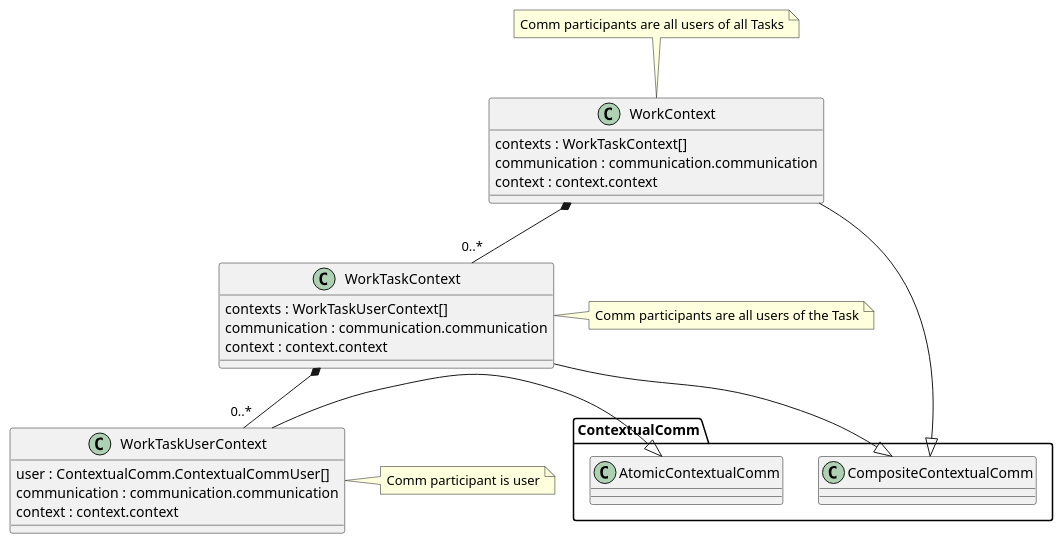
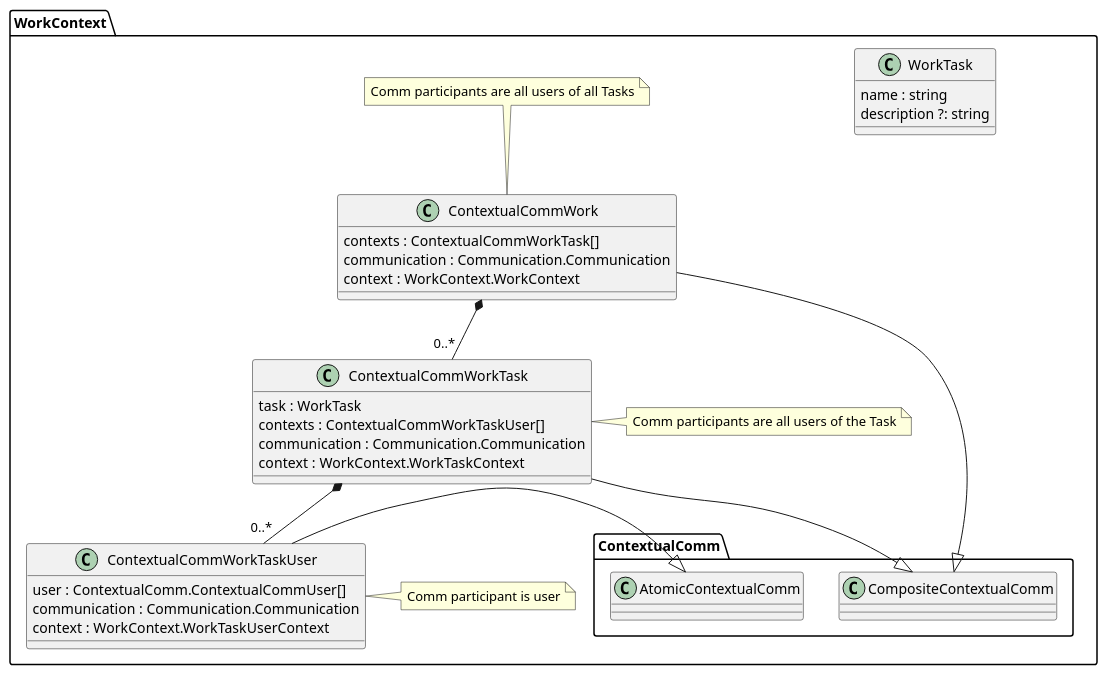
The diagram in docs/contextual-work-comm.puml (reTHINK-project/dev-smart-contextual-assistance-app), drawn with PlantUML before and after one commit. The commit also changed 3 other files, not shown here.

```diff
--- a/docs/contextual-work-comm.puml
+++ b/docs/contextual-work-comm.puml
@@ -1,38 +1,46 @@
 @startuml "work-context-design.png"
 
-  class WorkContext {
-  contexts : WorkTaskContext[]
-  communication : communication.communication
-  context : context.context
+Package WorkContext {
+
+  class WorkTask {
+  name : string
+  description ?: string
+  }
+
+  class ContextualCommWork {
+  contexts : ContextualCommWorkTask[]
+  communication : Communication.Communication
+  context : WorkContext.WorkContext
   }
 
   note top : Comm participants are all users of all Tasks
 
-  class WorkTaskContext {
-  contexts : WorkTaskUserContext[]
-  communication : communication.communication
-  context : context.context
+  class ContextualCommWorkTask {
+  task : WorkTask
+  contexts : ContextualCommWorkTaskUser[]
+  communication : Communication.Communication
+  context : WorkContext.WorkTaskContext
   }
 
   note right : Comm participants are all users of the Task
 
-  class WorkTaskUserContext {
+  class ContextualCommWorkTaskUser {
   user : ContextualComm.ContextualCommUser[]
-  communication : communication.communication
-  context : context.context
+  communication : Communication.Communication
+  context : WorkContext.WorkTaskUserContext
   }
 
   note right : Comm participant is user
 
 
-  WorkContext -|> ContextualComm.CompositeContextualComm
+  ContextualCommWork -|> ContextualComm.CompositeContextualComm
 
-	WorkContext *-down- "0..*" WorkTaskContext
+	ContextualCommWork *-down- "0..*" ContextualCommWorkTask
 
-  WorkTaskContext -|> ContextualComm.CompositeContextualComm
+  ContextualCommWorkTask -|> ContextualComm.CompositeContextualComm
 
-	WorkTaskContext *-- "0..*" WorkTaskUserContext
+	ContextualCommWorkTask *-- "0..*" ContextualCommWorkTaskUser
 
-	WorkTaskUserContext -|> ContextualComm.AtomicContextualComm
-
+	ContextualCommWorkTaskUser -|> ContextualComm.AtomicContextualComm
+}
 @enduml
```
